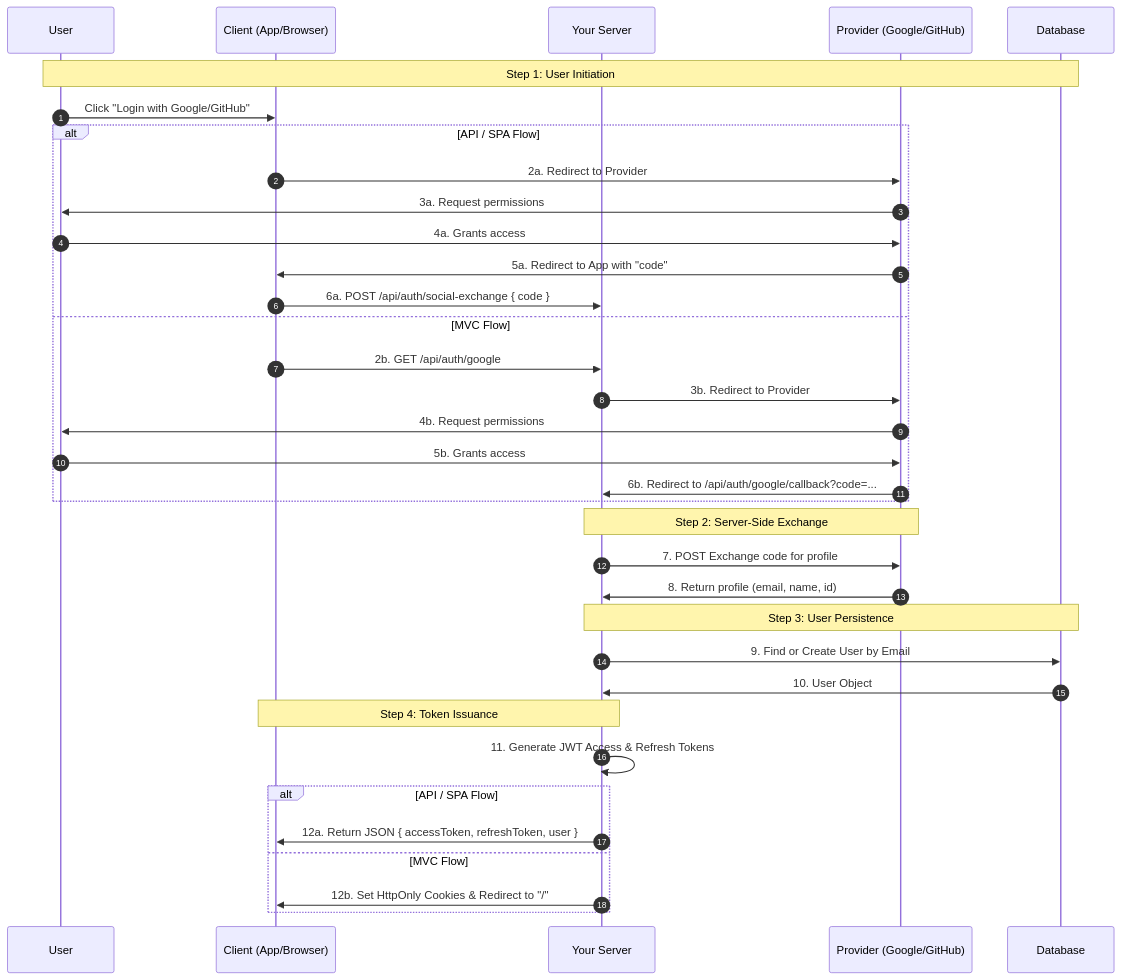
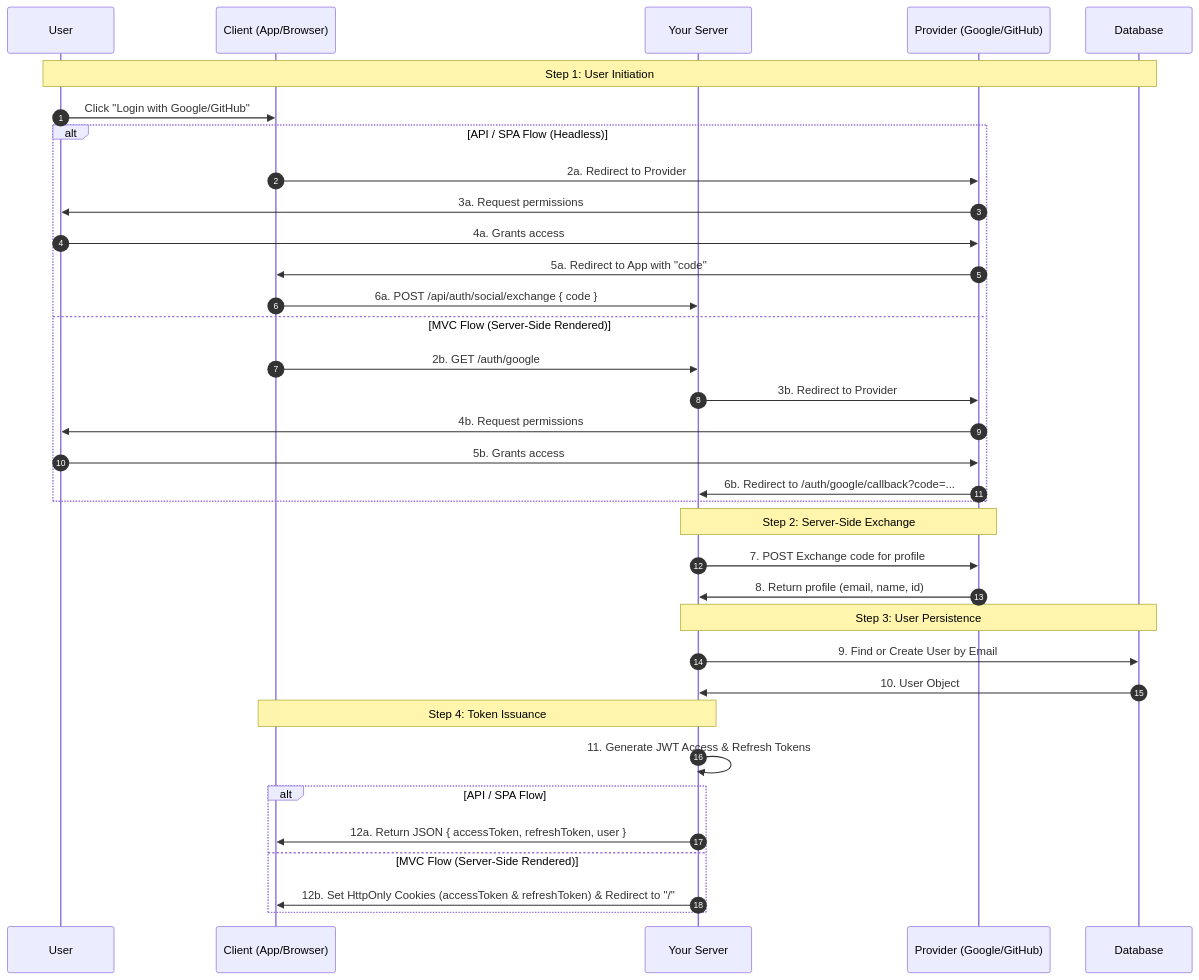
Before and after one commit to paudang/nodejs-quickstart-structure: the diagram in docs/blueprints/authentication.md, drawn with Mermaid. The commit also changed other lines of this file and 19 other files, not shown here.

````diff
--- a/docs/blueprints/authentication.md
+++ b/docs/blueprints/authentication.md
@@ -89,43 +90,43 @@
 ```mermaid
 sequenceDiagram
     autonumber
     participant U as User
     participant C as Client (App/Browser)
     participant S as Your Server
     participant P as Provider (Google/GitHub)
     participant DB as Database
 
     Note over U, DB: Step 1: User Initiation
     U->>C: Click "Login with Google/GitHub"
 
-    alt API / SPA Flow
+    alt API / SPA Flow (Headless)
         C->>P: 2a. Redirect to Provider
         P->>U: 3a. Request permissions
         U->>P: 4a. Grants access
         P->>C: 5a. Redirect to App with "code"
-        C->>S: 6a. POST /api/auth/social-exchange { code }
-    else MVC Flow
-        C->>S: 2b. GET /api/auth/google
+        C->>S: 6a. POST /api/auth/social/exchange { code }
+    else MVC Flow (Server-Side Rendered)
+        C->>S: 2b. GET /auth/google
         S->>P: 3b. Redirect to Provider
         P->>U: 4b. Request permissions
         U->>P: 5b. Grants access
-        P->>S: 6b. Redirect to /api/auth/google/callback?code=...
+        P->>S: 6b. Redirect to /auth/google/callback?code=...
     end
 
     Note over S, P: Step 2: Server-Side Exchange
     S->>P: 7. POST Exchange code for profile
     P->>S: 8. Return profile (email, name, id)
     
     Note over S, DB: Step 3: User Persistence
     S->>DB: 9. Find or Create User by Email
     DB->>S: 10. User Object
     
     Note over S, C: Step 4: Token Issuance
     S->>S: 11. Generate JWT Access & Refresh Tokens
     
     alt API / SPA Flow
         S->>C: 12a. Return JSON { accessToken, refreshToken, user }
-    else MVC Flow
-        S->>C: 12b. Set HttpOnly Cookies & Redirect to "/"
+    else MVC Flow (Server-Side Rendered)
+        S->>C: 12b. Set HttpOnly Cookies (accessToken & refreshToken) & Redirect to "/"
     end
 ```
````
